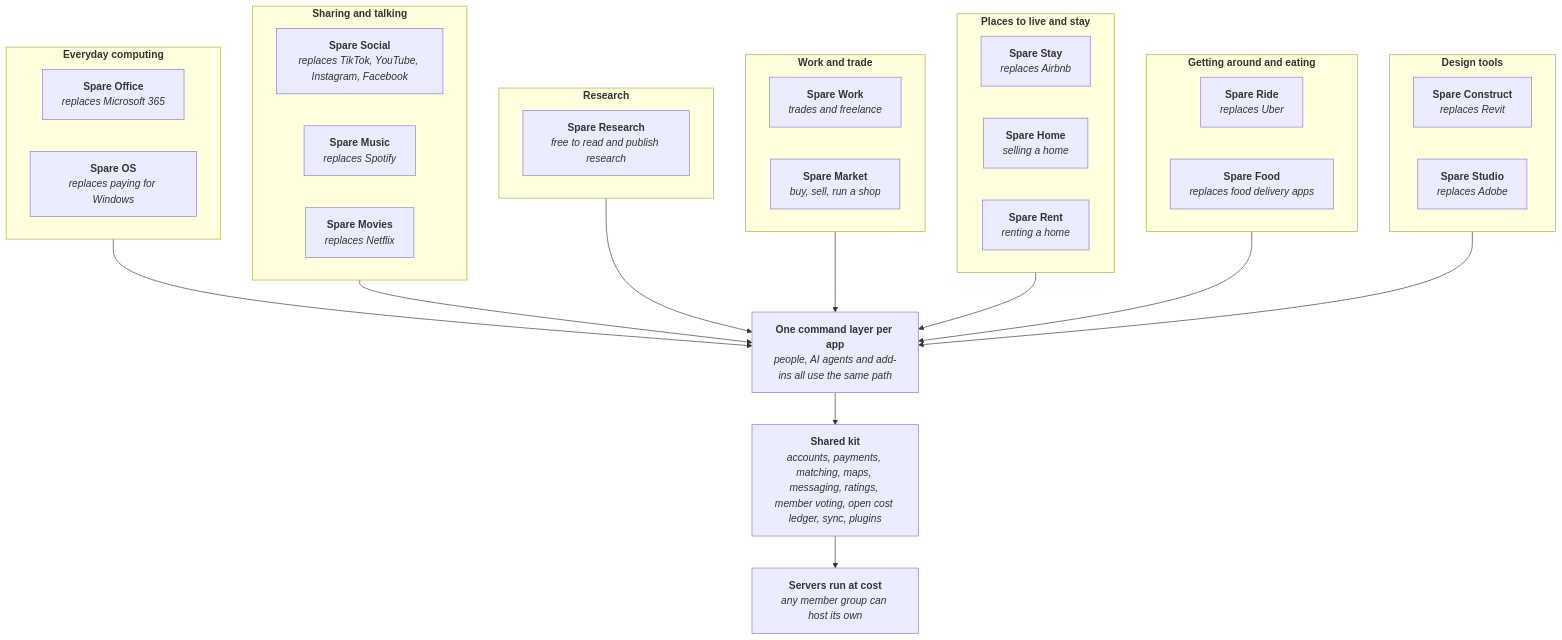
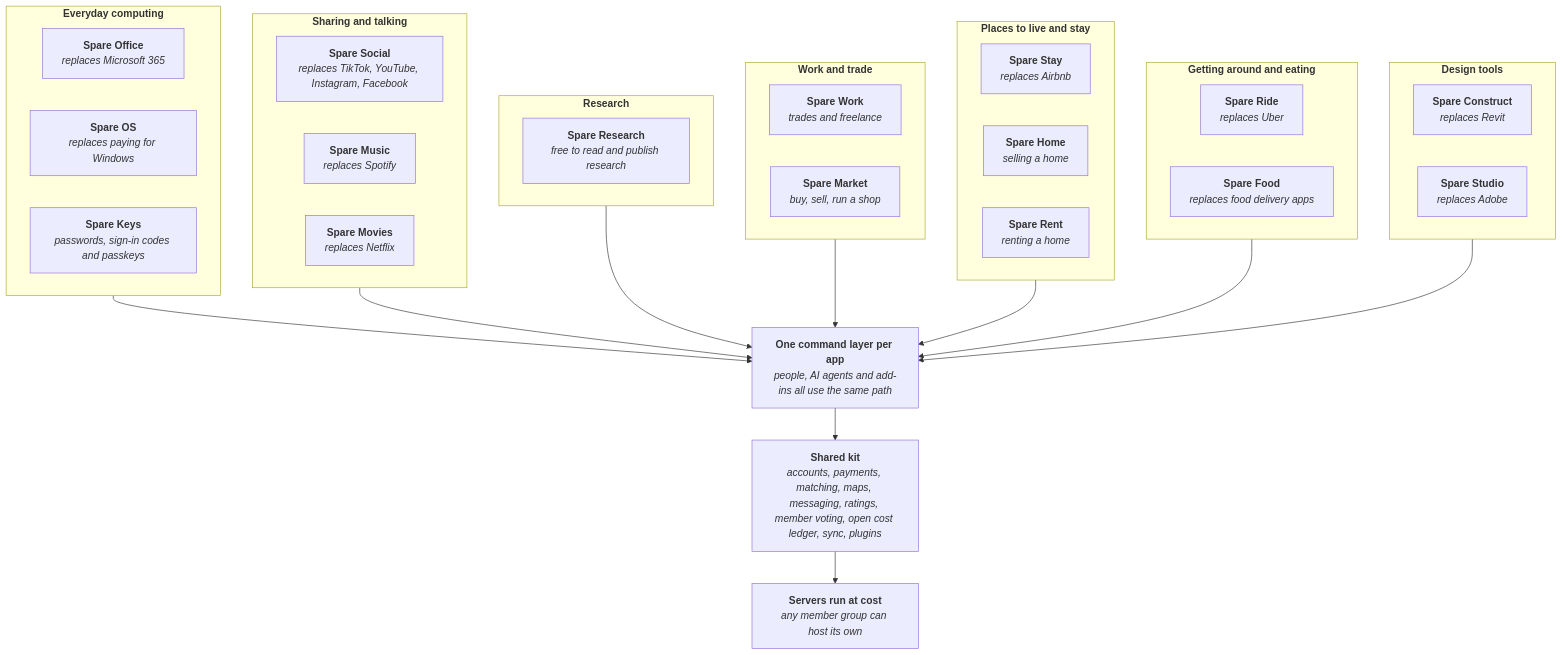
One commit to spareware-co-op/spareware changed the diagram in README.md. Above: the diagram before and after it, drawn with Mermaid.

Commit message:
Front page diagram: Spare Keys

````diff
--- a/README.md
+++ b/README.md
@@ -21,68 +21,70 @@
 ```mermaid
 flowchart TB
   subgraph TRADE["`**Work and trade**`"]
     direction LR
     WORK["`**Spare Work**
 *trades and freelance*`"]
     MARKET["`**Spare Market**
 *buy, sell, run a shop*`"]
   end
   subgraph LIVE["`**Places to live and stay**`"]
     direction LR
     STAY["`**Spare Stay**
 *replaces Airbnb*`"]
     HOME["`**Spare Home**
 *selling a home*`"]
     RENT["`**Spare Rent**
 *renting a home*`"]
   end
   subgraph MOVE["`**Getting around and eating**`"]
     direction LR
     RIDE["`**Spare Ride**
 *replaces Uber*`"]
     FOOD["`**Spare Food**
 *replaces food delivery apps*`"]
   end
   subgraph DESIGN["`**Design tools**`"]
     direction LR
     CONSTRUCT["`**Spare Construct**
 *replaces Revit*`"]
     STUDIO["`**Spare Studio**
 *replaces Adobe*`"]
   end
   subgraph SHARE["`**Sharing and talking**`"]
     direction LR
     SOCIAL["`**Spare Social**
 *replaces TikTok, YouTube, Instagram, Facebook*`"]
     MUSIC["`**Spare Music**
 *replaces Spotify*`"]
     MOVIES["`**Spare Movies**
 *replaces Netflix*`"]
   end
   subgraph SCIENCE["`**Research**`"]
     direction LR
     RESEARCH["`**Spare Research**
 *free to read and publish research*`"]
   end
   subgraph COMPUTE["`**Everyday computing**`"]
     direction LR
     OFFICE["`**Spare Office**
 *replaces Microsoft 365*`"]
     OSYS["`**Spare OS**
 *replaces paying for Windows*`"]
+    KEYS["`**Spare Keys**
+*passwords, sign-in codes and passkeys*`"]
   end
   CMD["`**One command layer per app**
 *people, AI agents and add-ins all use the same path*`"]
   KIT["`**Shared kit**
 *accounts, payments, matching, maps, messaging, ratings, member voting, open cost ledger, sync, plugins*`"]
   RUN["`**Servers run at cost**
 *any member group can host its own*`"]
   COMPUTE --> CMD
   SHARE --> CMD
   SCIENCE --> CMD
   TRADE --> CMD
   LIVE --> CMD
   MOVE --> CMD
   DESIGN --> CMD
   CMD --> KIT --> RUN
 ```
````
